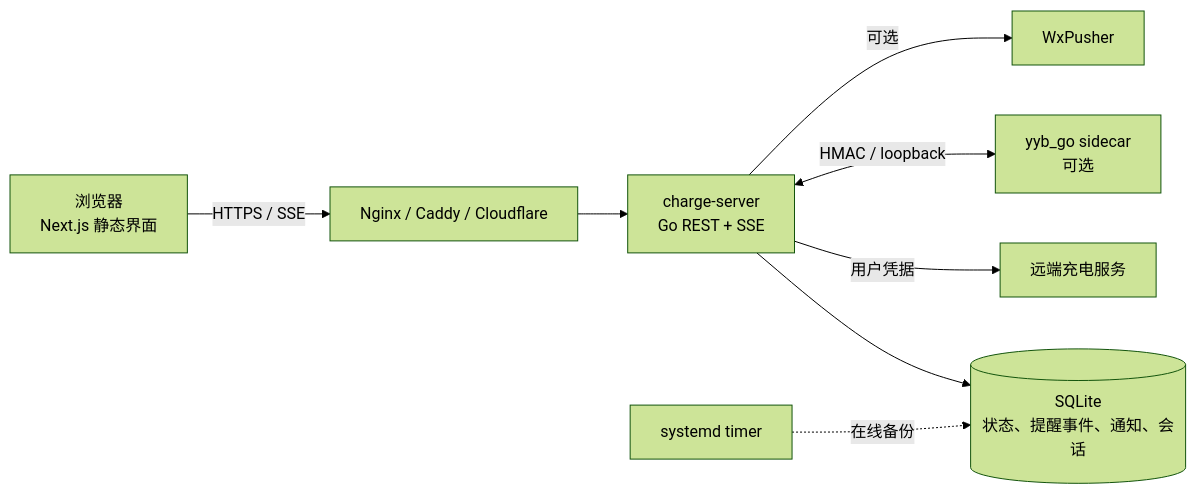
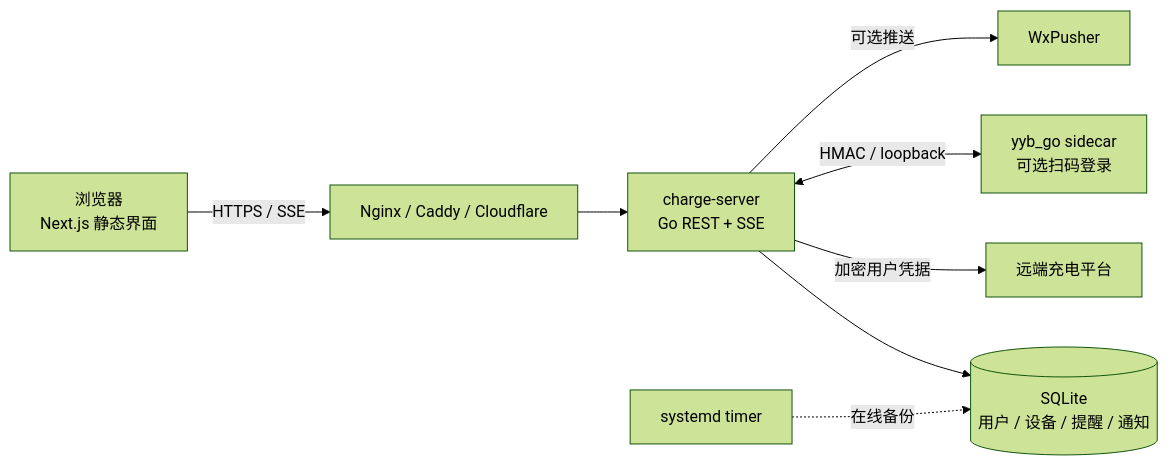
Before and after one commit to ninuan/charge-api: the diagram in README.md, drawn with Mermaid (forest theme). The commit also changed other lines of this file and 6 other files, not shown here.

````diff
--- a/README.md
+++ b/README.md
@@ -201,10 +122,10 @@
 ```mermaid
 flowchart LR
   Browser["浏览器<br/>Next.js 静态界面"] -->|HTTPS / SSE| Proxy["Nginx / Caddy / Cloudflare"]
   Proxy --> API["charge-server<br/>Go REST + SSE"]
-  API --> DB[("SQLite<br/>状态、提醒事件、通知、会话")]
-  API -->|用户凭据| Remote["远端充电服务"]
-  API <-->|HMAC / loopback| YYB["yyb_go sidecar<br/>可选"]
-  API -->|可选| WxPusher["WxPusher"]
+  API --> DB[("SQLite<br/>用户 / 设备 / 提醒 / 通知")]
+  API -->|加密用户凭据| Remote["远端充电平台"]
+  API <-->|HMAC / loopback| YYB["yyb_go sidecar<br/>可选扫码登录"]
+  API -->|可选推送| WxPusher["WxPusher"]
   Backup["systemd timer"] -. 在线备份 .-> DB
 ```
````
